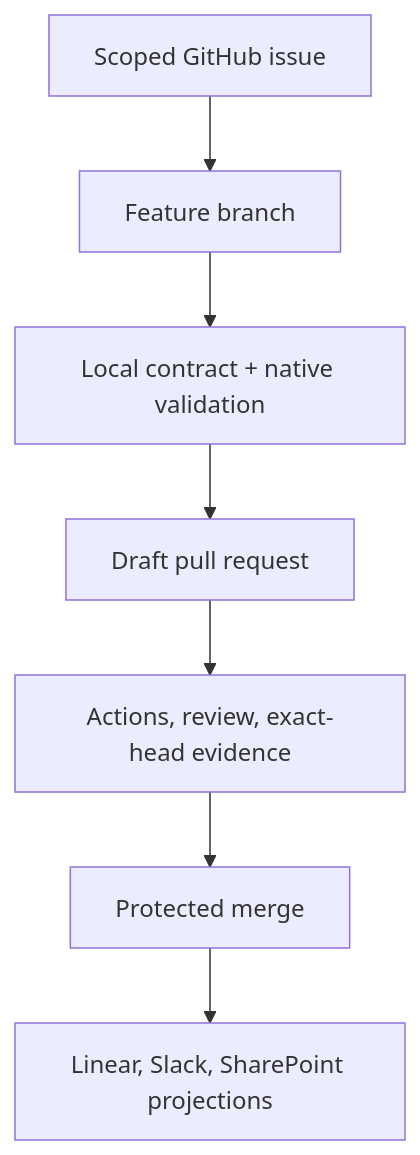
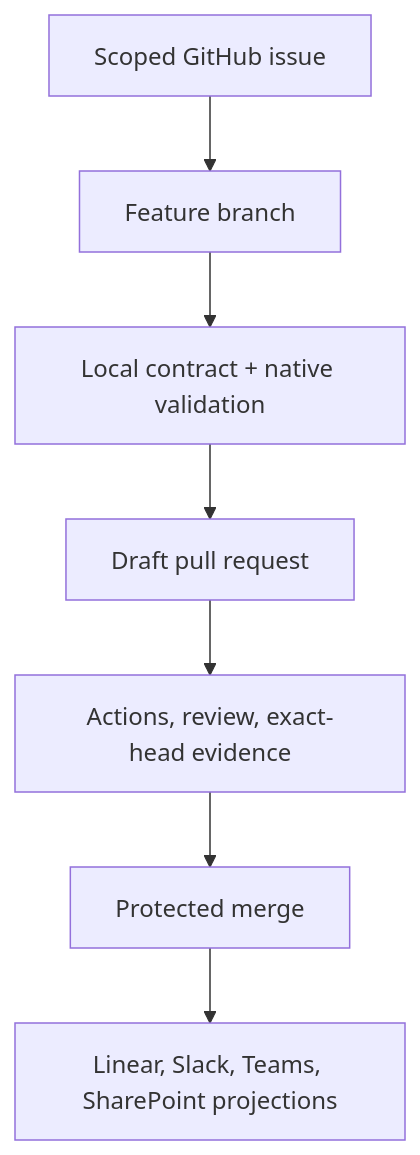
One commit to M0nado/helios-platform changed the second of 2 diagrams in docs/architecture/MONADOBLADE_DELIVERY_FABRIC_V2.md. Above: the diagram before and after it, drawn with Mermaid. The commit also changed other lines of this file and 6 other files, not shown here.

````diff
--- a/docs/architecture/MONADOBLADE_DELIVERY_FABRIC_V2.md
+++ b/docs/architecture/MONADOBLADE_DELIVERY_FABRIC_V2.md
@@ -141,9 +141,9 @@
 ```mermaid
 flowchart TD
     A["Scoped GitHub issue"] --> B["Feature branch"]
     B --> C["Local contract + native validation"]
     C --> D["Draft pull request"]
     D --> E["Actions, review, exact-head evidence"]
     E --> F["Protected merge"]
-    F --> G["Linear, Slack, SharePoint projections"]
+    F --> G["Linear, Slack, Teams, SharePoint projections"]
 ```
````
